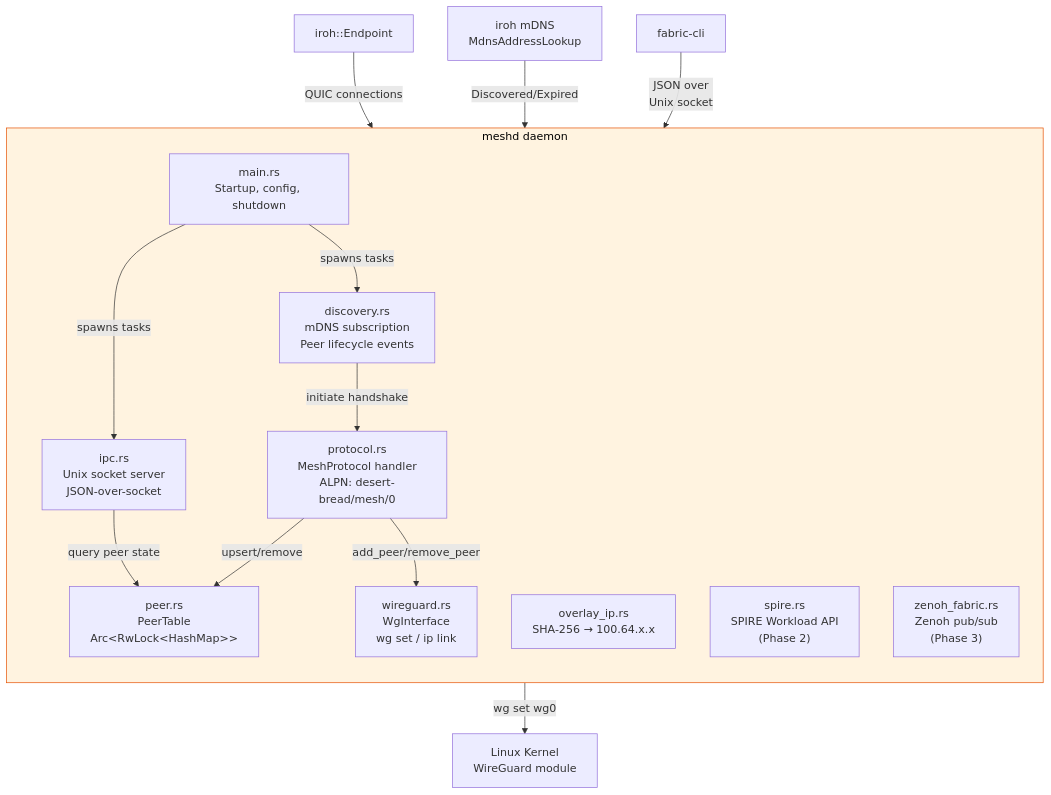
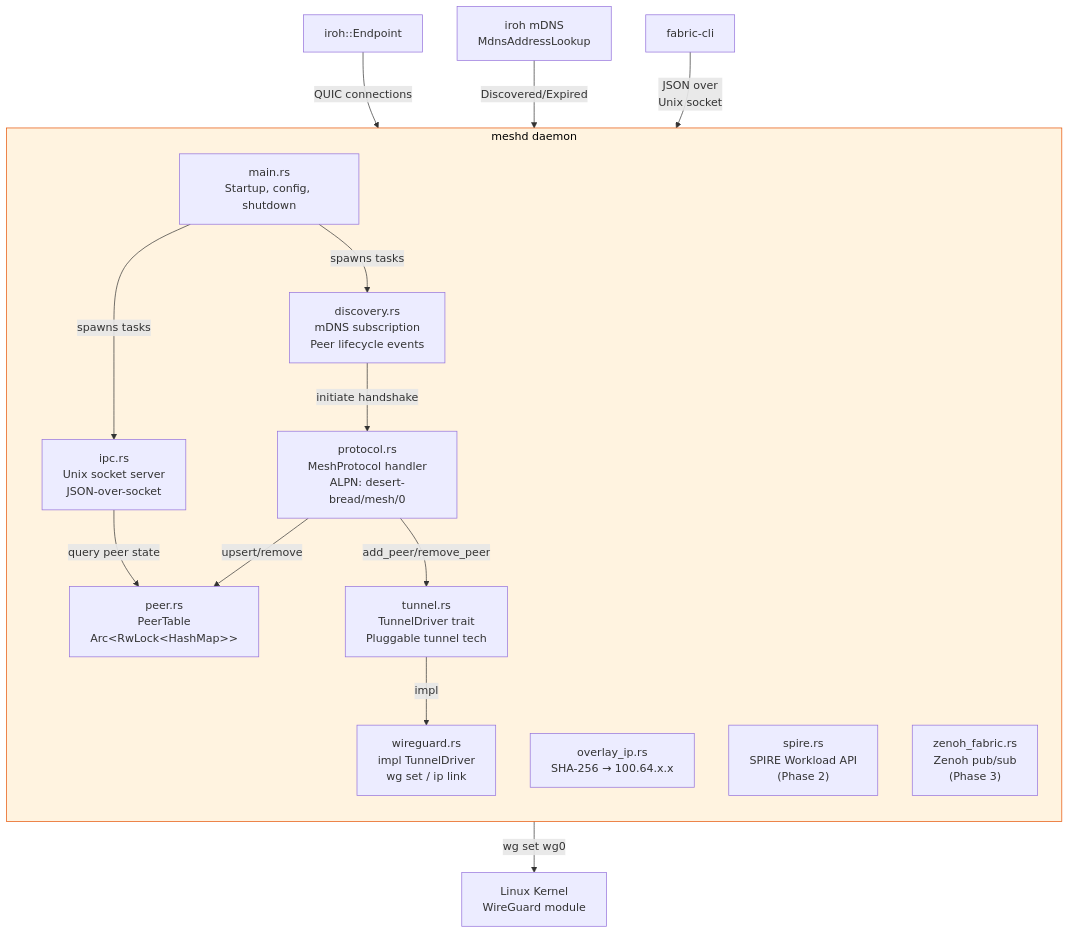
Before and after one commit to dlf-dds/DesertBreadProto: the second of 14 diagrams in docs/architecture-diagrams.md, drawn with Mermaid. The commit also changed other lines of this file and 2 other files, not shown here.

First line of the commit message:
Update docs and architecture diagrams for TunnelDriver

````diff
--- a/docs/architecture-diagrams.md
+++ b/docs/architecture-diagrams.md
@@ -136,28 +136,30 @@
 ```mermaid
 graph TB
     subgraph MESHD["meshd daemon"]
         direction TB
         MAIN["main.rs<br/>Startup, config, shutdown"]
         PROTO["protocol.rs<br/>MeshProtocol handler<br/>ALPN: desert-bread/mesh/0"]
         DISC["discovery.rs<br/>mDNS subscription<br/>Peer lifecycle events"]
         PEER["peer.rs<br/>PeerTable<br/>Arc&lt;RwLock&lt;HashMap&gt;&gt;"]
-        WG_MOD["wireguard.rs<br/>WgInterface<br/>wg set / ip link"]
+        TUNNEL["tunnel.rs<br/>TunnelDriver trait<br/>Pluggable tunnel tech"]
+        WG_MOD["wireguard.rs<br/>impl TunnelDriver<br/>wg set / ip link"]
         IPC_MOD["ipc.rs<br/>Unix socket server<br/>JSON-over-socket"]
         OIP["overlay_ip.rs<br/>SHA-256 → 100.64.x.x"]
         SPIRE_MOD["spire.rs<br/>SPIRE Workload API<br/>(Phase 2)"]
         ZENOH_MOD["zenoh_fabric.rs<br/>Zenoh pub/sub<br/>(Phase 3)"]
     end
 
     IROH_EP["iroh::Endpoint"] -->|"QUIC connections"| PROTO
     IROH_MDNS["iroh mDNS<br/>MdnsAddressLookup"] -->|"Discovered/Expired"| DISC
     DISC -->|"initiate handshake"| PROTO
     PROTO -->|"upsert/remove"| PEER
-    PROTO -->|"add_peer/remove_peer"| WG_MOD
+    PROTO -->|"add_peer/remove_peer"| TUNNEL
+    TUNNEL -->|"impl"| WG_MOD
     WG_MOD -->|"wg set wg0"| KERNEL["Linux Kernel<br/>WireGuard module"]
     IPC_MOD -->|"query peer state"| PEER
     MAIN -->|"spawns tasks"| DISC
     MAIN -->|"spawns tasks"| IPC_MOD
     CLI["fabric-cli"] -->|"JSON over<br/>Unix socket"| IPC_MOD
 
     style MESHD fill:#fff3e0,stroke:#e65100,color:#000
 ```
````
